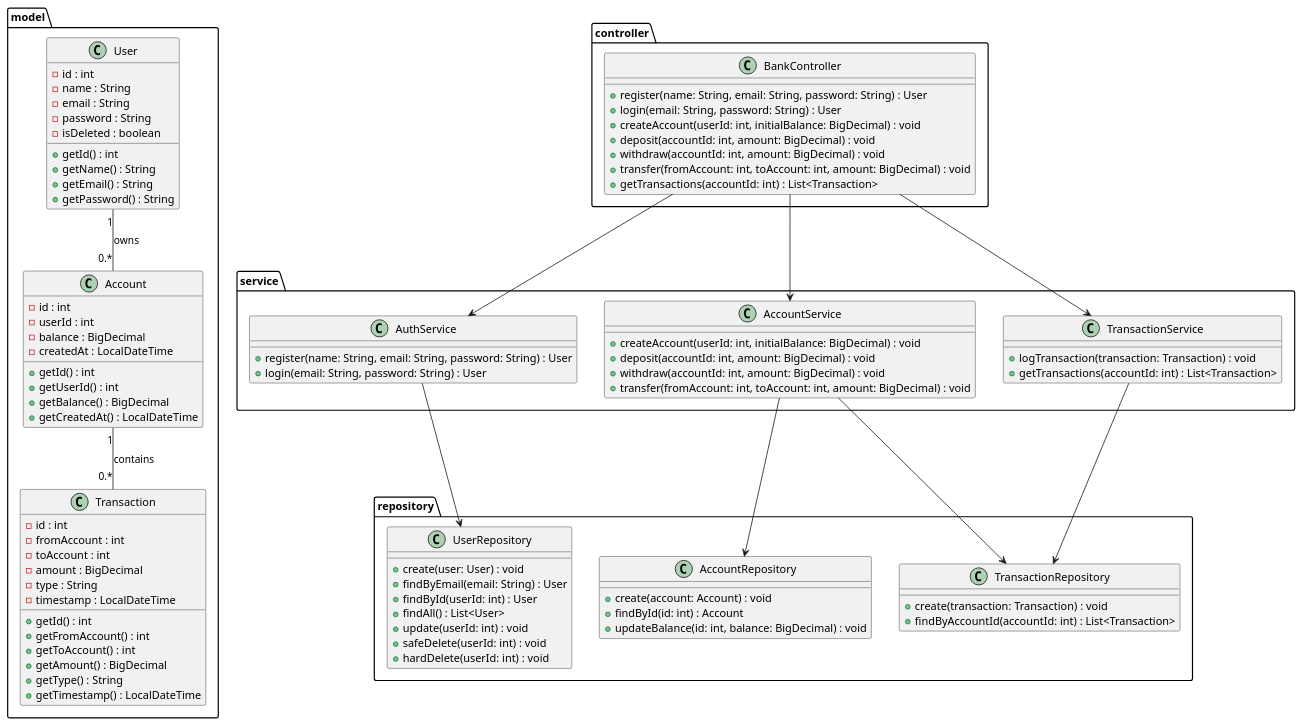
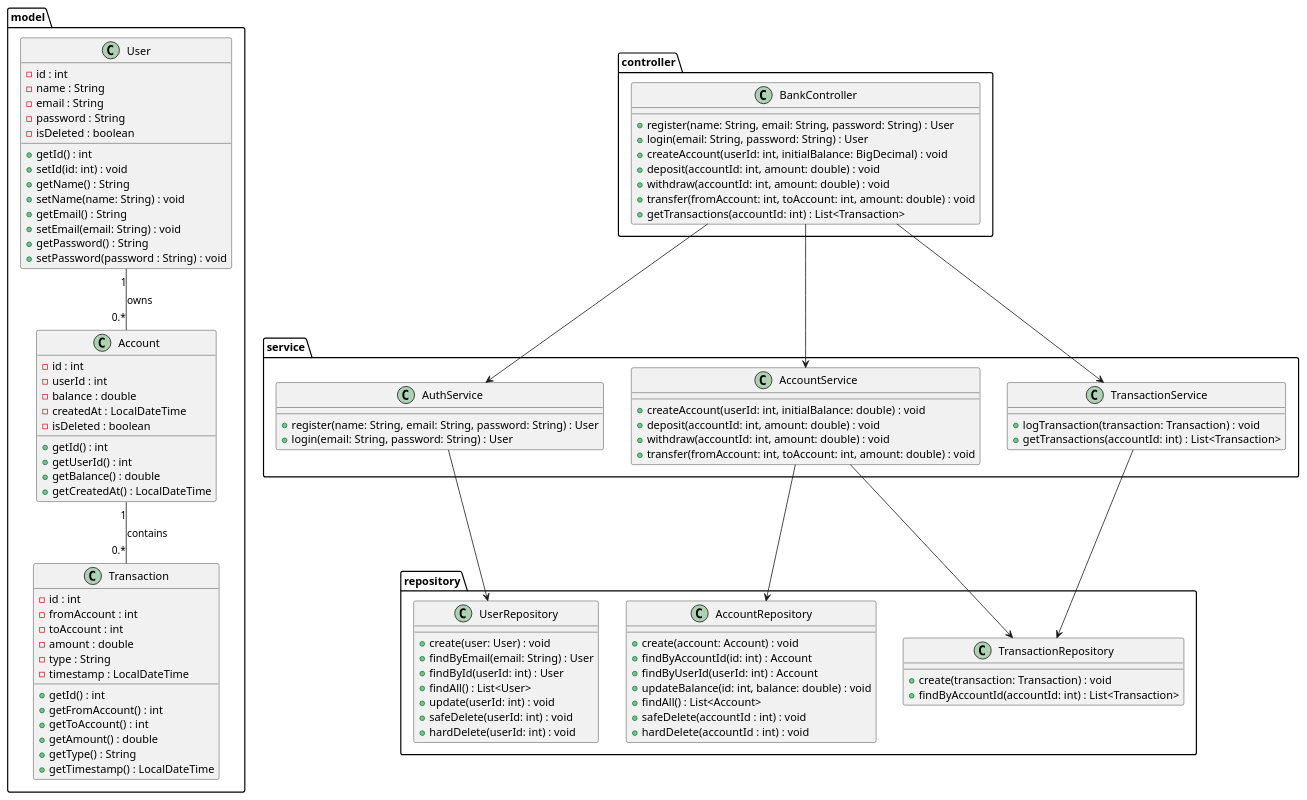
One commit to Yusuf-Taha-Akyol/BankManagementSystem changed the diagram in docs/uml/bank-management-system.puml. Above: the diagram before and after it, drawn with PlantUML. The commit also changed 15 other files, not shown here.

Commit message:
Added AccountService implementation and completed AccountRepository. UserRepository and AuthService refined. UML updated.

```diff
--- a/docs/uml/bank-management-system.puml
+++ b/docs/uml/bank-management-system.puml
@@ -1,109 +1,118 @@
 @startuml
 
 package model {
     class User {
         - id : int
         - name : String
         - email : String
         - password : String
 	- isDeleted : boolean
         + getId() : int
+	+ setId(id: int) : void
         + getName() : String
+	+ setName(name: String) : void
         + getEmail() : String
+	+ setEmail(email: String) : void
         + getPassword() : String
+	+ setPassword(password : String) : void
     }
 
     class Account {
         - id : int
         - userId : int
-        - balance : BigDecimal
+        - balance : double
         - createdAt : LocalDateTime
+	- isDeleted : boolean
         + getId() : int
         + getUserId() : int
-        + getBalance() : BigDecimal
+        + getBalance() : double
         + getCreatedAt() : LocalDateTime
     }
 
     class Transaction {
         - id : int
         - fromAccount : int
         - toAccount : int
-        - amount : BigDecimal
+        - amount : double
         - type : String
         - timestamp : LocalDateTime
         + getId() : int
         + getFromAccount() : int
         + getToAccount() : int
-        + getAmount() : BigDecimal
+        + getAmount() : double
         + getType() : String
         + getTimestamp() : LocalDateTime
     }
 }
 
 package repository {
     class UserRepository {
         + create(user: User) : void
         + findByEmail(email: String) : User
         + findById(userId: int) : User
 	+ findAll() : List<User>
 	+ update(userId: int) : void
 	+ safeDelete(userId: int) : void
 	+ hardDelete(userId: int) : void
     }
 
     class AccountRepository {
         + create(account: Account) : void
-        + findById(id: int) : Account
-        + updateBalance(id: int, balance: BigDecimal) : void
+        + findByAccountId(id: int) : Account
+	+ findByUserId(userId: int) : Account
+        + updateBalance(id: int, balance: double) : void
+	+ findAll() : List<Account>
+	+ safeDelete(accountId : int) : void
+	+ hardDelete(accountId : int) : void
     }
 
     class TransactionRepository {
         + create(transaction: Transaction) : void
         + findByAccountId(accountId: int) : List<Transaction>
     }
 }
 
 package service {
     class AuthService {
         + register(name: String, email: String, password: String) : User
         + login(email: String, password: String) : User
     }
 
     class AccountService {
-        + createAccount(userId: int, initialBalance: BigDecimal) : void
-        + deposit(accountId: int, amount: BigDecimal) : void
-        + withdraw(accountId: int, amount: BigDecimal) : void
-        + transfer(fromAccount: int, toAccount: int, amount: BigDecimal) : void
+        + createAccount(userId: int, initialBalance: double) : void
+        + deposit(accountId: int, amount: double) : void
+        + withdraw(accountId: int, amount: double) : void
+        + transfer(fromAccount: int, toAccount: int, amount: double) : void
     }
 
     class TransactionService {
         + logTransaction(transaction: Transaction) : void
         + getTransactions(accountId: int) : List<Transaction>
     }
 }
 
 package controller {
     class BankController {
         + register(name: String, email: String, password: String) : User
         + login(email: String, password: String) : User
         + createAccount(userId: int, initialBalance: BigDecimal) : void
-        + deposit(accountId: int, amount: BigDecimal) : void
-        + withdraw(accountId: int, amount: BigDecimal) : void
-        + transfer(fromAccount: int, toAccount: int, amount: BigDecimal) : void
+        + deposit(accountId: int, amount: double) : void
+        + withdraw(accountId: int, amount: double) : void
+        + transfer(fromAccount: int, toAccount: int, amount: double) : void
         + getTransactions(accountId: int) : List<Transaction>
     }
 }
 
 User "1" -- "0.*" Account : owns
 Account "1" -- "0.*" Transaction : contains
 
 BankController --> AuthService
 BankController --> AccountService
 BankController --> TransactionService
 
 AuthService --> UserRepository
 AccountService --> AccountRepository
 AccountService --> TransactionRepository
 TransactionService --> TransactionRepository
 
 @enduml
```
